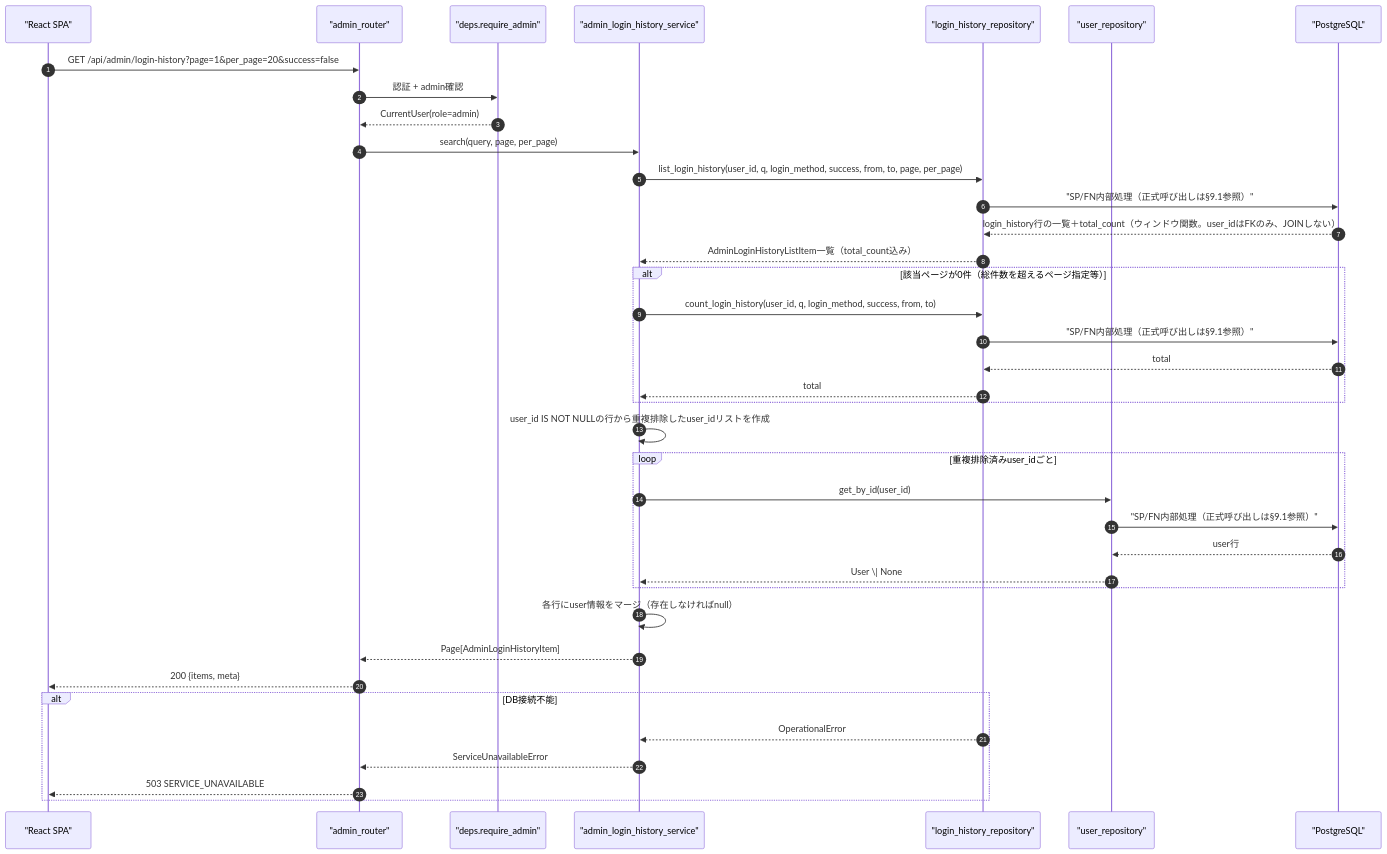
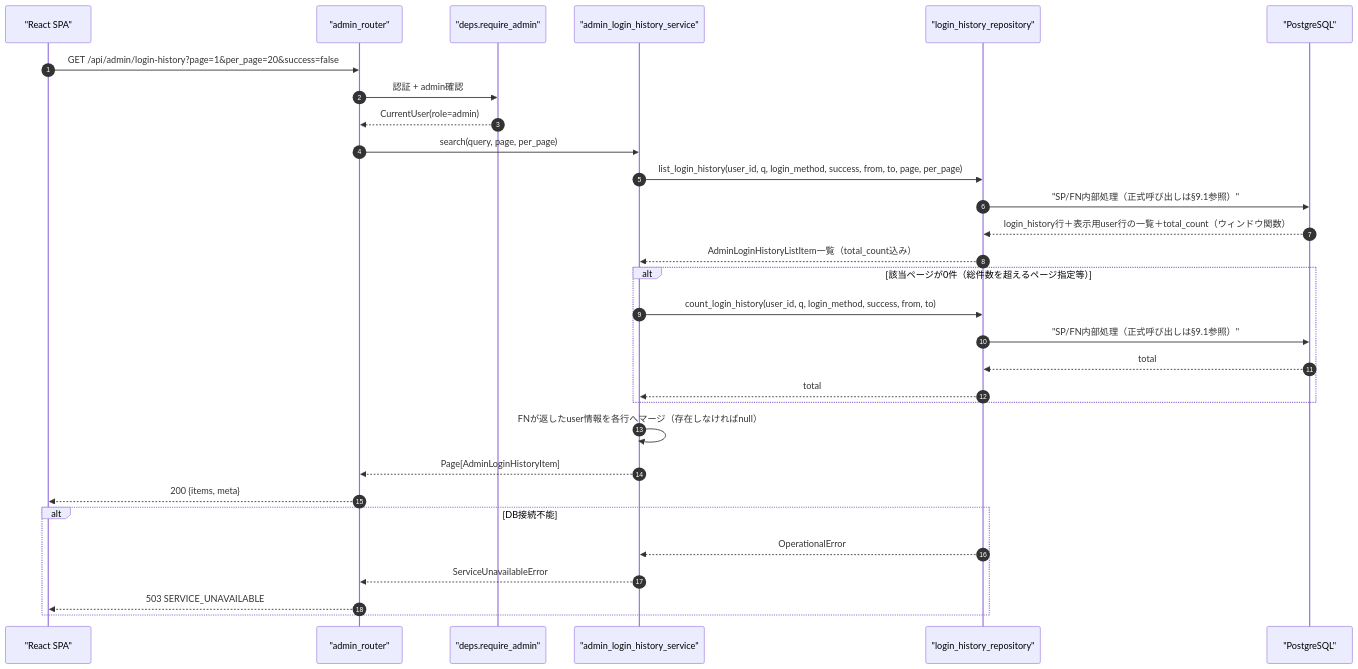
One commit to oikawa-d/task_management changed the first of 4 diagrams in docs/detailed_design/api/admin/07_get_admin_login_history.md. Above: the diagram before and after it, drawn with Mermaid. The commit also changed other lines of this file and 88 other files, not shown here.

````diff
--- a/docs/detailed_design/api/admin/07_get_admin_login_history.md
+++ b/docs/detailed_design/api/admin/07_get_admin_login_history.md
@@ -101,41 +101,33 @@
 ```mermaid
 sequenceDiagram
     autonumber
     participant FE as "React SPA"
     participant R as "admin_router"
     participant D as "deps.require_admin"
     participant S as "admin_login_history_service"
     participant LRP as "login_history_repository"
-    participant URP as "user_repository"
     participant PG as "PostgreSQL"
 
     FE->>R: GET /api/admin/login-history?page=1&per_page=20&success=false
     R->>D: 認証 + admin確認
     D-->>R: CurrentUser(role=admin)
     R->>S: search(query, page, per_page)
     S->>LRP: list_login_history(user_id, q, login_method, success, from, to, page, per_page)
     LRP->>PG: "SP/FN内部処理（正式呼び出しは§9.1参照）"
-    PG-->>LRP: login_history行の一覧＋total_count（ウィンドウ関数。user_idはFKのみ、JOINしない）
+    PG-->>LRP: login_history行＋表示用user行の一覧＋total_count（ウィンドウ関数）
     LRP-->>S: AdminLoginHistoryListItem一覧（total_count込み）
     alt 該当ページが0件（総件数を超えるページ指定等）
         S->>LRP: count_login_history(user_id, q, login_method, success, from, to)
         LRP->>PG: "SP/FN内部処理（正式呼び出しは§9.1参照）"
         PG-->>LRP: total
         LRP-->>S: total
     end
-    S->>S: user_id IS NOT NULLの行から重複排除したuser_idリストを作成
-    loop 重複排除済みuser_idごと
-        S->>URP: get_by_id(user_id)
-        URP->>PG: "SP/FN内部処理（正式呼び出しは§9.1参照）"
-        PG-->>URP: user行
-        URP-->>S: User \| None
-    end
-    S->>S: 各行にuser情報をマージ（存在しなければnull）
+    S->>S: FNが返したuser情報を各行へマージ（存在しなければnull）
     S-->>R: Page[AdminLoginHistoryItem]
     R-->>FE: 200 {items, meta}
     alt DB接続不能
         LRP-->>S: OperationalError
         S-->>R: ServiceUnavailableError
         R-->>FE: 503 SERVICE_UNAVAILABLE
     end
 ```
````
